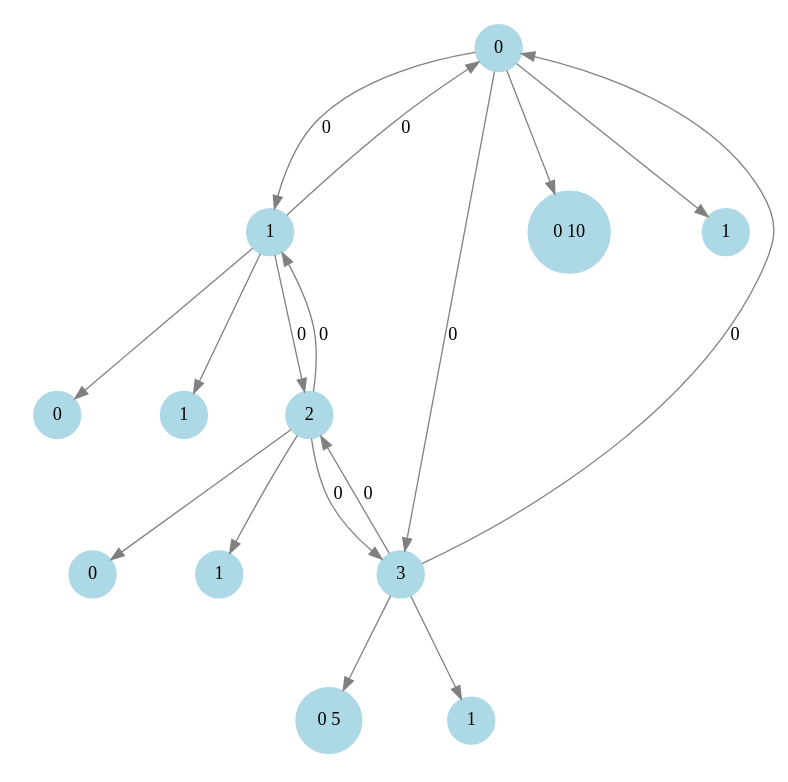
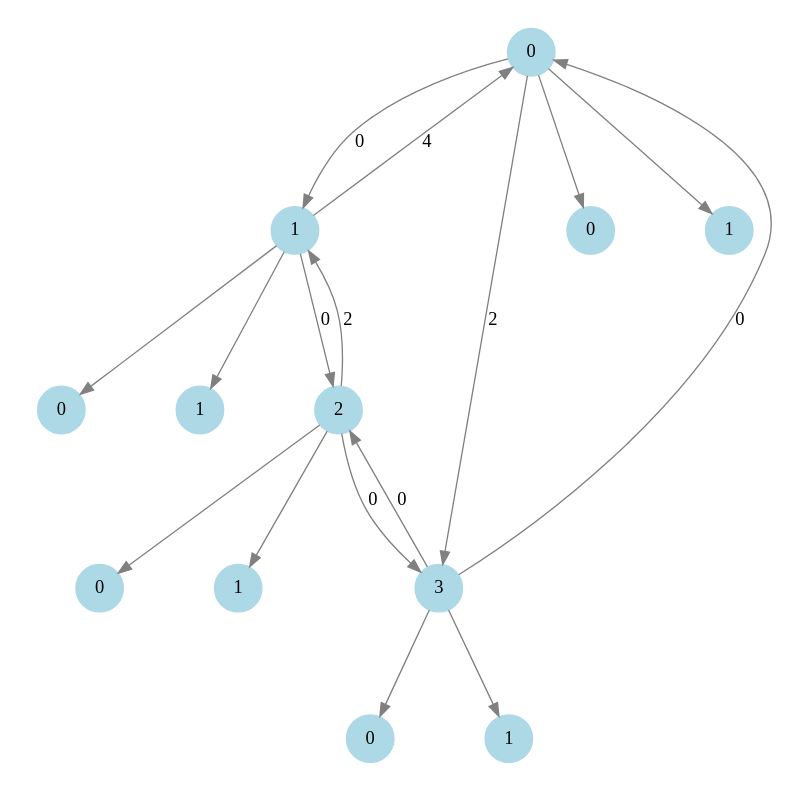
The diagram in Trabajo_Final/src/grafo.dot (Fede108/Algoritmos-y-estructura-de-Datos), drawn with Graphviz before and after one commit. The commit also changed 6 other files, not shown here.

```diff
--- a/Trabajo_Final/src/grafo.dot
+++ b/Trabajo_Final/src/grafo.dot
@@ -1,30 +1,30 @@
 digraph G {
     node [shape=circle, style=filled, color=lightblue];
     edge [color=gray, penwidth=1];
     size="8,8";
     ratio="fill";
     0 -> 1 [label="0"];
-    0 -> 3 [label="0"];
+    0 -> 3 [label="2"];
     0 -> 00;
-    00 [label="0 10"];
+    00 [label="0"];
     0 -> 10;
     10 [label="1"];
-    1 -> 0 [label="0"];
+    1 -> 0 [label="4"];
     1 -> 2 [label="0"];
     1 -> 01;
     01 [label="0"];
     1 -> 11;
     11 [label="1"];
-    2 -> 1 [label="0"];
+    2 -> 1 [label="2"];
     2 -> 3 [label="0"];
     2 -> 02;
     02 [label="0"];
     2 -> 12;
     12 [label="1"];
     3 -> 0 [label="0"];
     3 -> 2 [label="0"];
     3 -> 03;
-    03 [label="0 5"];
+    03 [label="0"];
     3 -> 13;
     13 [label="1"];
 }
```
